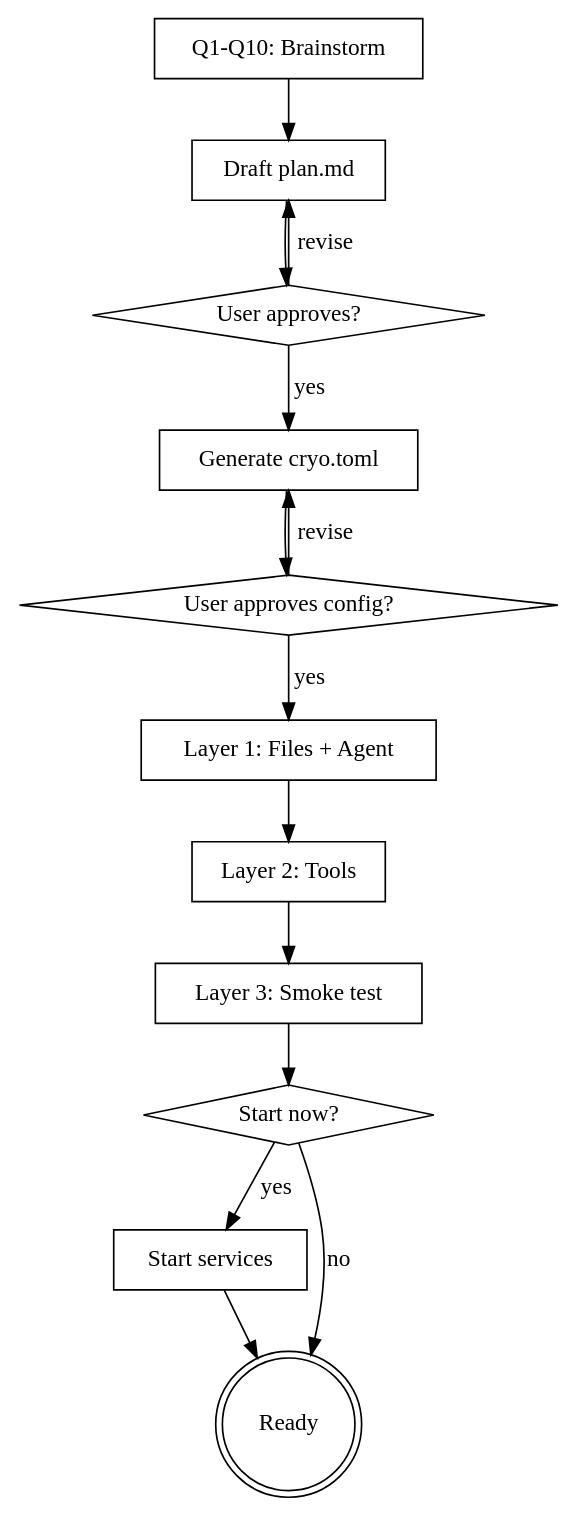
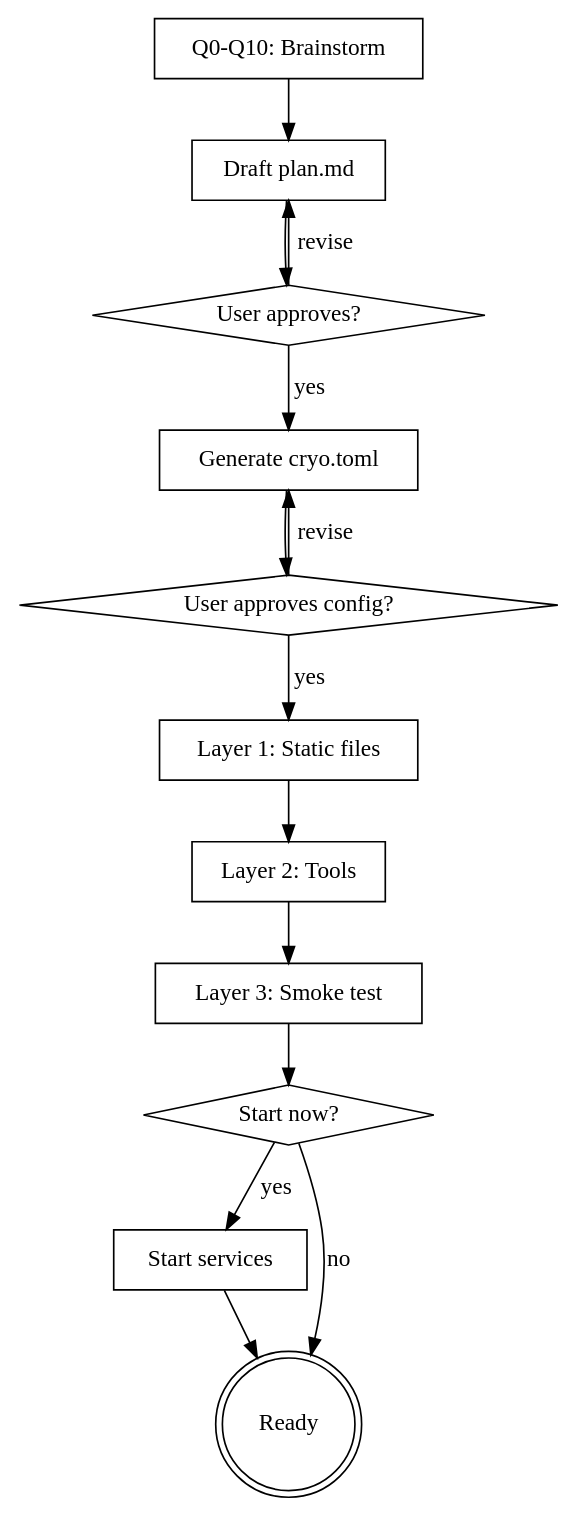
The diagram in skills/make-plan/SKILL.md (GiggleLiu/cryochamber), drawn with Graphviz before and after one commit. The commit also changed other lines of this file and 1 other file, not shown here.

````diff
--- a/skills/make-plan/SKILL.md
+++ b/skills/make-plan/SKILL.md
@@ -174,29 +207,29 @@
 ```dot
 digraph cryo_create {
-    "Q1-Q10: Brainstorm" [shape=box];
+    "Q0-Q10: Brainstorm" [shape=box];
     "Draft plan.md" [shape=box];
     "User approves?" [shape=diamond];
     "Generate cryo.toml" [shape=box];
     "User approves config?" [shape=diamond];
-    "Layer 1: Files + Agent" [shape=box];
+    "Layer 1: Static files" [shape=box];
     "Layer 2: Tools" [shape=box];
     "Layer 3: Smoke test" [shape=box];
     "Start now?" [shape=diamond];
     "Start services" [shape=box];
     "Ready" [shape=doublecircle];
 
-    "Q1-Q10: Brainstorm" -> "Draft plan.md";
+    "Q0-Q10: Brainstorm" -> "Draft plan.md";
     "Draft plan.md" -> "User approves?";
     "User approves?" -> "Draft plan.md" [label="revise"];
     "User approves?" -> "Generate cryo.toml" [label="yes"];
     "Generate cryo.toml" -> "User approves config?";
     "User approves config?" -> "Generate cryo.toml" [label="revise"];
-    "User approves config?" -> "Layer 1: Files + Agent" [label="yes"];
-    "Layer 1: Files + Agent" -> "Layer 2: Tools";
+    "User approves config?" -> "Layer 1: Static files" [label="yes"];
+    "Layer 1: Static files" -> "Layer 2: Tools";
     "Layer 2: Tools" -> "Layer 3: Smoke test";
     "Layer 3: Smoke test" -> "Start now?";
     "Start now?" -> "Start services" [label="yes"];
     "Start now?" -> "Ready" [label="no"];
     "Start services" -> "Ready";
 }
 ```
````
